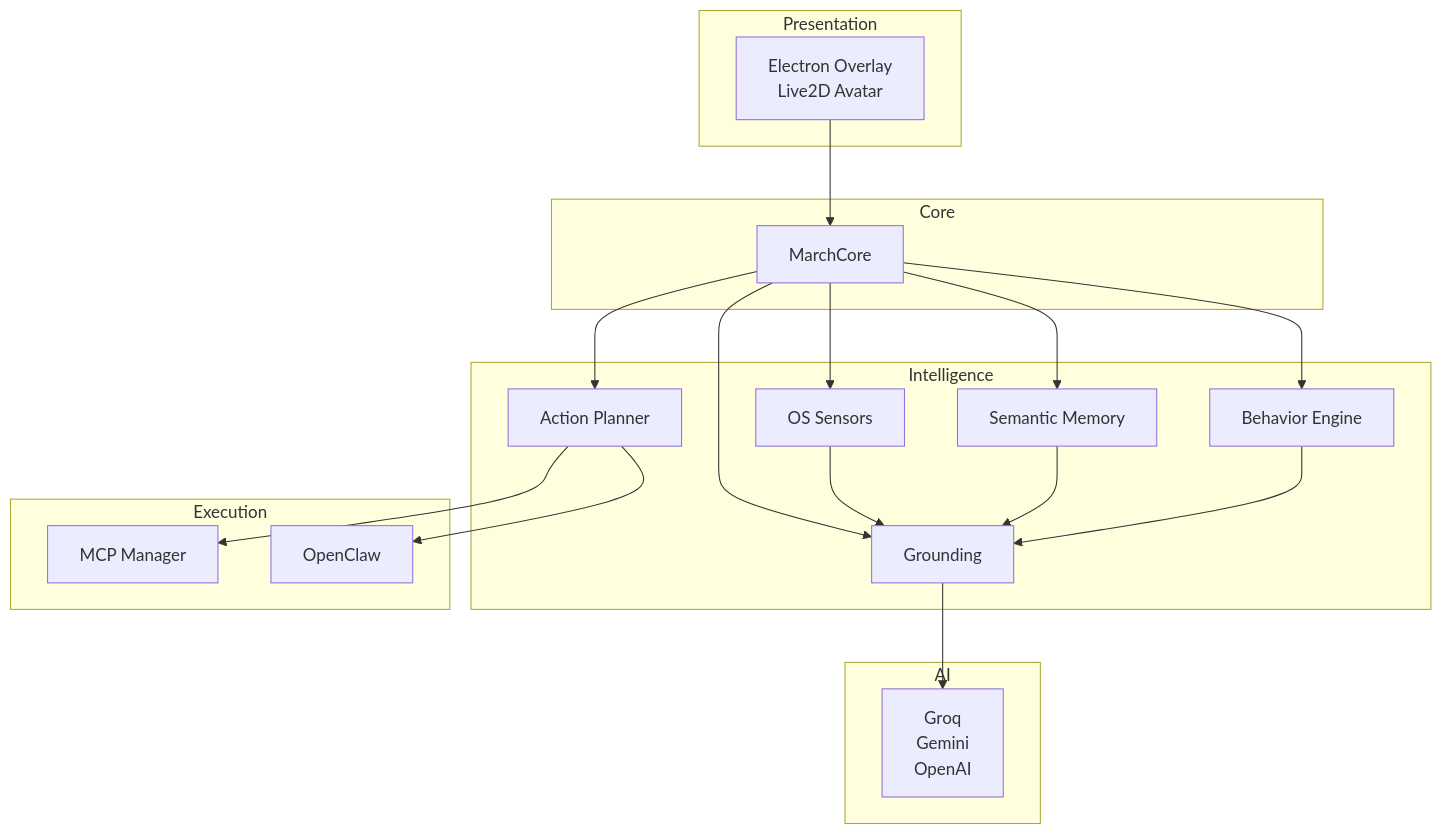
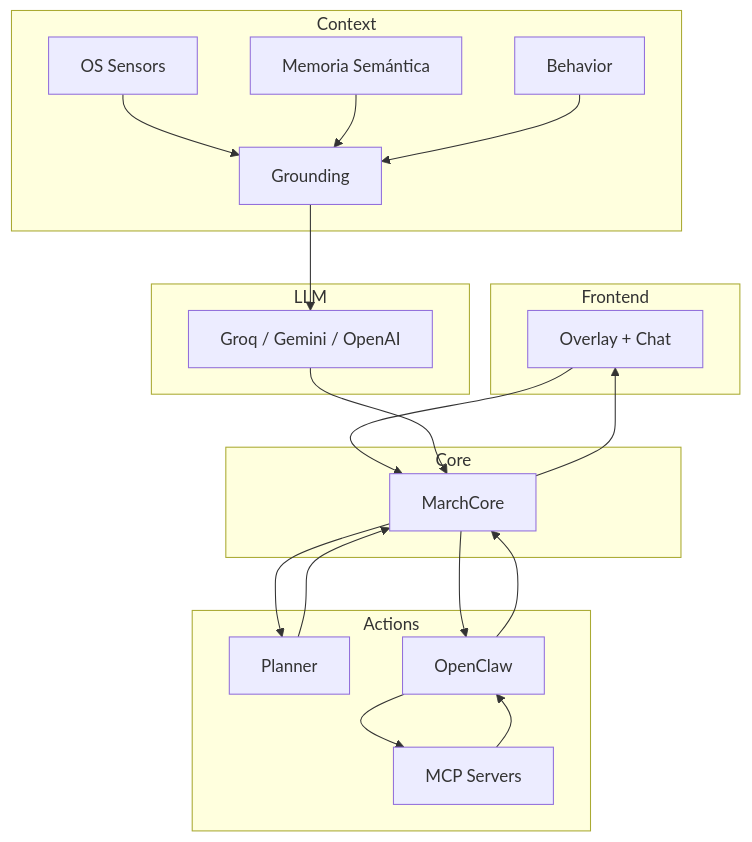
Before and after one commit to Dregxmoon/Kaoru-Agent: the diagram in README.md, drawn with Mermaid. The commit also changed 4 other files, not shown here.

````diff
--- a/README.md
+++ b/README.md
@@ -19,45 +19,47 @@
 ```mermaid
 flowchart TB
 
-subgraph Presentation
-UI["Electron Overlay<br/>Live2D Avatar"]
+subgraph Frontend
+UI["Overlay + Chat"]
 end
 
 subgraph Core
 March["MarchCore"]
 end
 
-subgraph Intelligence
+subgraph Context
 Sensor["OS Sensors"]
-Memory["Semantic Memory"]
+Memory["Memoria Semántica"]
 Grounding["Grounding"]
-Behavior["Behavior Engine"]
-Planner["Action Planner"]
+Behavior["Behavior"]
 end
 
-subgraph Execution
-MCP["MCP Manager"]
+subgraph Actions
+Planner["Planner"]
 OpenClaw["OpenClaw"]
+MCP["MCP Servers"]
 end
 
-subgraph AI
-LLMs["Groq<br/>Gemini<br/>OpenAI"]
+subgraph LLM
+LLMs["Groq / Gemini / OpenAI"]
 end
 
 UI --> March
-
-March --> Sensor
-March --> Memory
-March --> Behavior
-March --> Grounding
-March --> Planner
 
 Sensor --> Grounding
 Memory --> Grounding
 Behavior --> Grounding
 
 Grounding --> LLMs
+LLMs --> March
 
-Planner --> MCP
-Planner --> OpenClaw
+March --> Planner
+Planner --> March
+
+March --> OpenClaw
+OpenClaw --> MCP
+MCP --> OpenClaw
+OpenClaw --> March
+
+March --> UI
 ```
````
